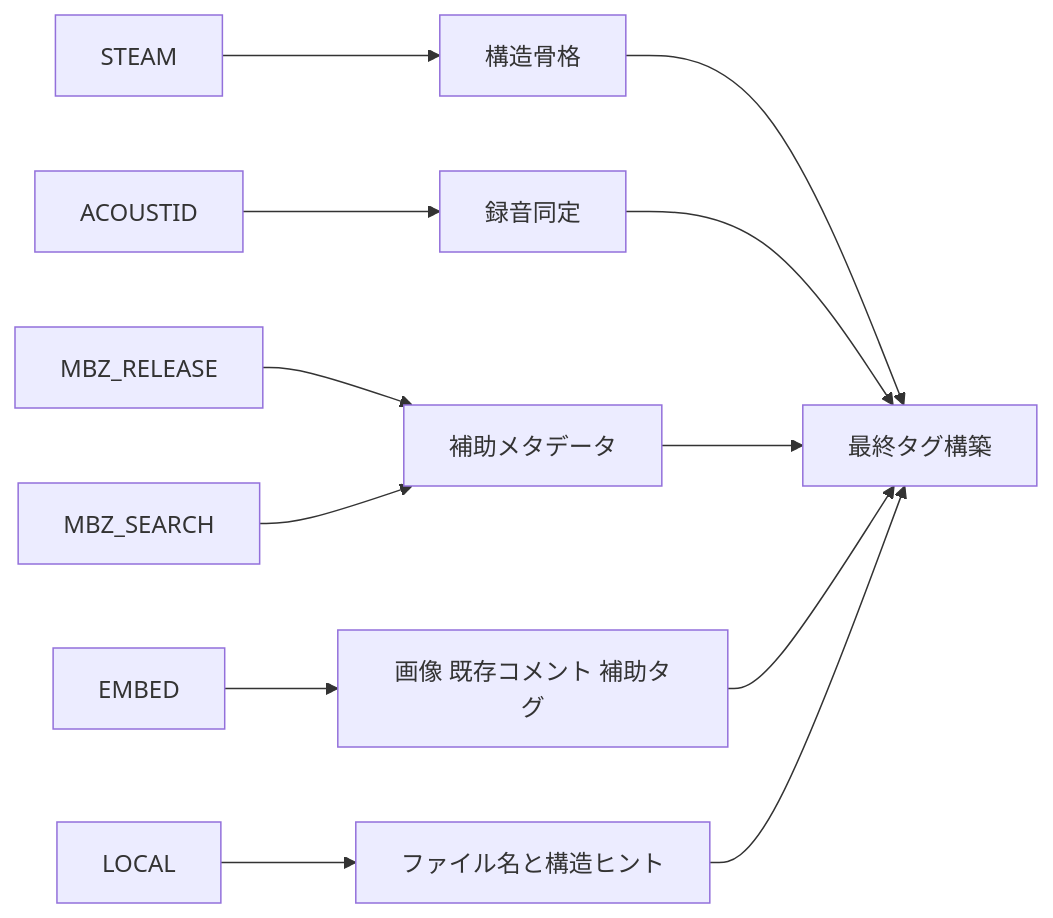
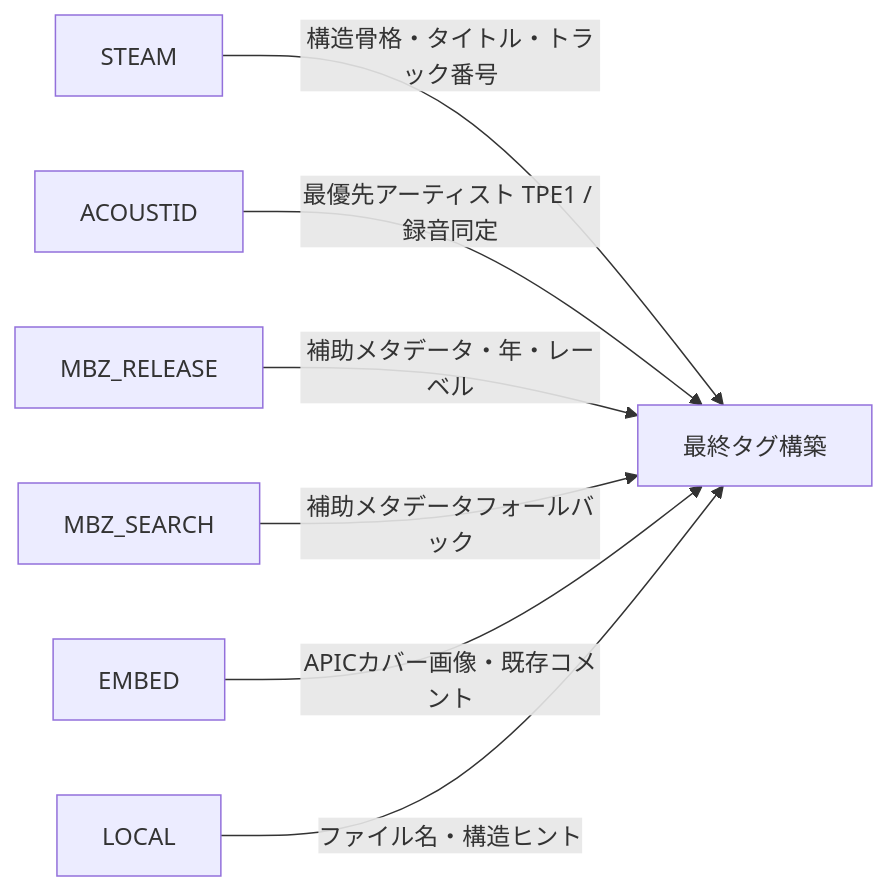
The second of 3 diagrams in docs/data_flow_diagram.md (dEAdbEEF314/S.S.T), drawn with Mermaid before and after one commit. The commit also changed other lines of this file and 26 other files, not shown here.

````diff
--- a/docs/data_flow_diagram.md
+++ b/docs/data_flow_diagram.md
@@ -24,14 +63,9 @@
 ```mermaid
 flowchart LR
-    S[STEAM] --> T[構造骨格]
-    A[ACOUSTID] --> U[録音同定]
-    R[MBZ_RELEASE] --> V[補助メタデータ]
-    M[MBZ_SEARCH] --> V
-    E[EMBED] --> W[画像 既存コメント 補助タグ]
-    L[LOCAL] --> X[ファイル名と構造ヒント]
-    T --> Y[最終タグ構築]
-    U --> Y
-    V --> Y
-    W --> Y
-    X --> Y
+    S[STEAM] -->|構造骨格・タイトル・トラック番号| Y[最終タグ構築]
+    A[ACOUSTID] -->|最優先アーティスト TPE1 / 録音同定| Y
+    R[MBZ_RELEASE] -->|補助メタデータ・年・レーベル| Y
+    M[MBZ_SEARCH] -->|補助メタデータフォールバック| Y
+    E[EMBED] -->|APICカバー画像・既存コメント| Y
+    L[LOCAL] -->|ファイル名・構造ヒント| Y
 ```
````
